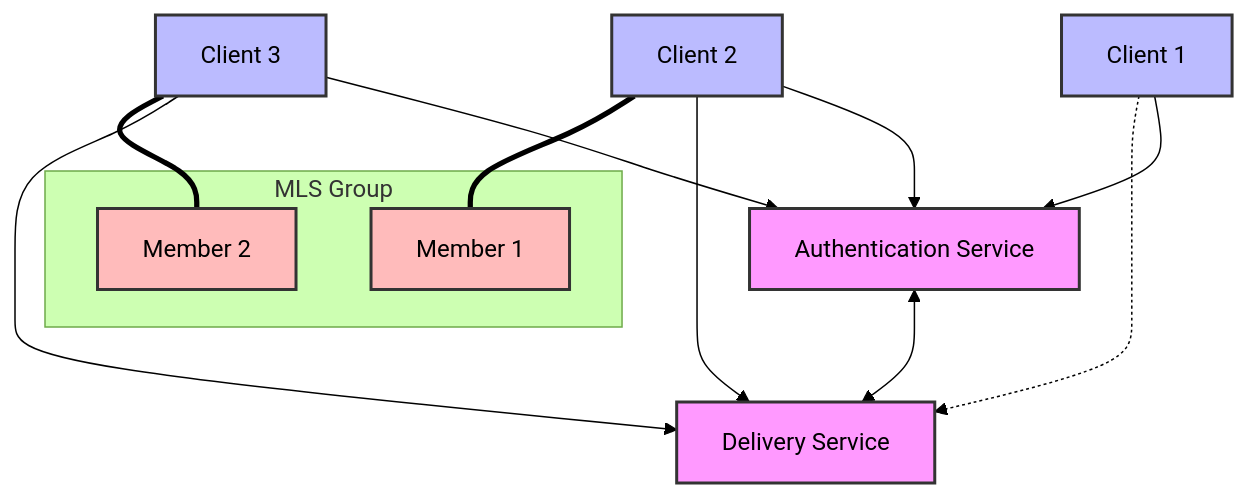
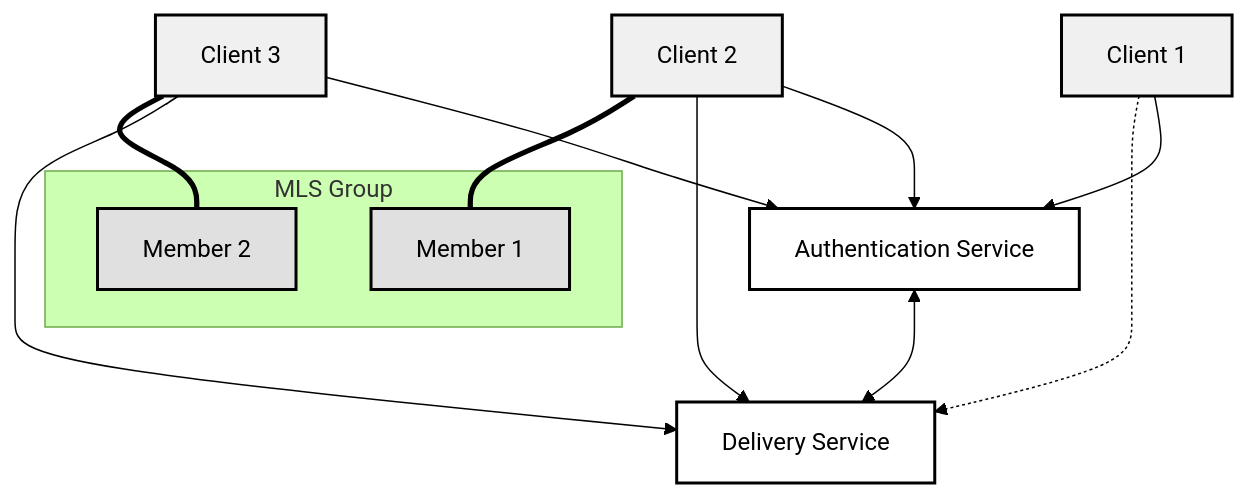
One commit to agntcy/docs changed the diagram in docs/pages/agp-security-layer.md. Above: the diagram before and after it, drawn with Mermaid (forest theme). The commit also changed 1 other file, not shown here.

Commit message:
docs: agp update

````diff
--- a/docs/pages/agp-security-layer.md
+++ b/docs/pages/agp-security-layer.md
@@ -59,43 +59,43 @@
 ```mermaid
 graph TB
     %% Services
     AS[Authentication Service]
     DS[Delivery Service]
 
     %% Service Connection
     AS <--> DS
 
     %% Clients and Members
     Client1[Client 1]:::client
     Client2[Client 2]:::client
     Client3[Client 3]:::client
 
     %% Group Definition
     subgraph MLSGroup[MLS Group]
         Member1[Member 1]:::member
         Member2[Member 2]:::member
     end
 
     %% Client Authentication
     Client1 --> AS
     Client2 --> AS
     Client3 --> AS
 
     %% Client-DS Connections
     Client1 -.-> DS
     Client2 --> DS
     Client3 --> DS
 
     %% Member Associations
     Client2 === Member1
     Client3 === Member2
 
     %% Styles
-    classDef service fill:#f9f,stroke:#333,stroke-width:2px
-    classDef client fill:#bbf,stroke:#333,stroke-width:2px
-    classDef member fill:#fbb,stroke:#333,stroke-width:2px
+    classDef service fill:#ffffff,stroke:#000000,stroke-width:2px
+    classDef client fill:#f0f0f0,stroke:#000000,stroke-width:2px
+    classDef member fill:#e0e0e0,stroke:#000000,stroke-width:2px
 
     class AS,DS service
     class Client1,Client2,Client3 client
     class Member1,Member2 member
 ```
````
